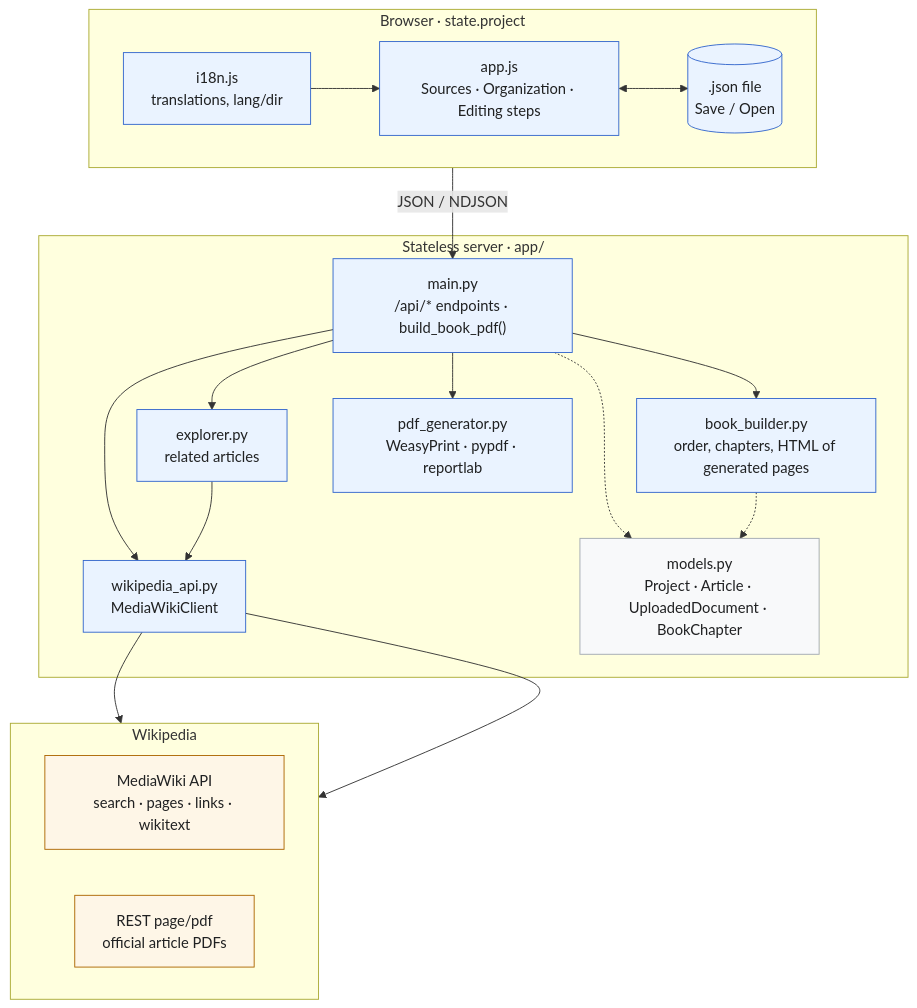
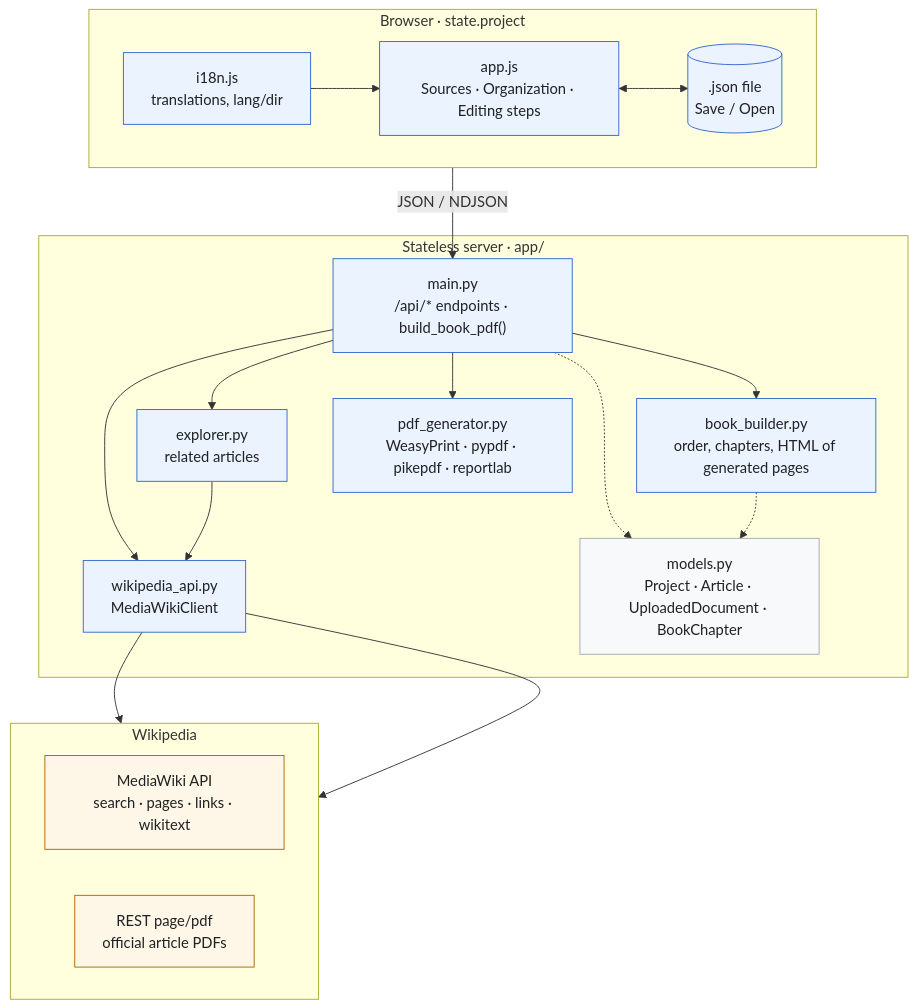
One commit to gmoulard/wikipedia2book changed the first of 2 diagrams in docs/SPECIFICATIONS.en.md. Above: the diagram before and after it, drawn with Mermaid. The commit also changed other lines of this file and 10 other files, not shown here.

````diff
--- a/docs/SPECIFICATIONS.en.md
+++ b/docs/SPECIFICATIONS.en.md
@@ -893,44 +895,44 @@
 ```mermaid
 flowchart TB
     subgraph Browser["Browser · state.project"]
         direction LR
         I18N["i18n.js<br/>translations, lang/dir"]
         APP["app.js<br/>Sources · Organization · Editing steps"]
         FILE[(".json file<br/>Save / Open")]
         I18N --> APP
         APP <--> FILE
     end
 
     subgraph Server["Stateless server · app/"]
         MAIN["main.py<br/>/api/* endpoints · build_book_pdf()"]
         EXPL["explorer.py<br/>related articles"]
         BB["book_builder.py<br/>order, chapters, HTML of generated pages"]
-        PDFG["pdf_generator.py<br/>WeasyPrint · pypdf · reportlab"]
+        PDFG["pdf_generator.py<br/>WeasyPrint · pypdf · pikepdf · reportlab"]
         WAPI["wikipedia_api.py<br/>MediaWikiClient"]
         MODELS["models.py<br/>Project · Article · UploadedDocument · BookChapter"]
         MAIN --> EXPL
         MAIN --> BB
         MAIN --> PDFG
         MAIN --> WAPI
         EXPL --> WAPI
     end
 
     subgraph Wikipedia["Wikipedia"]
         direction LR
         MW["MediaWiki API<br/>search · pages · links · wikitext"]
         REST["REST page/pdf<br/>official article PDFs"]
     end
 
     APP -- "JSON / NDJSON" --> MAIN
     WAPI --> MW
     WAPI --> REST
     MAIN -.-> MODELS
     BB -.-> MODELS
 
     classDef app fill:#eaf3ff,stroke:#3366cc,color:#202122
     classDef wiki fill:#fef6e7,stroke:#ac6600,color:#202122
     classDef shared fill:#f8f9fa,stroke:#a2a9b1,color:#202122
     class I18N,APP,FILE,MAIN,EXPL,BB,PDFG,WAPI app
     class MW,REST wiki
     class MODELS shared
 ```
````
